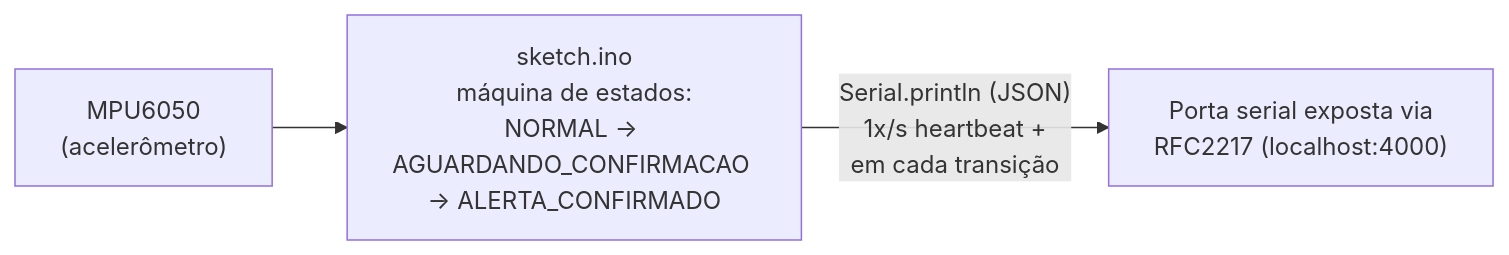
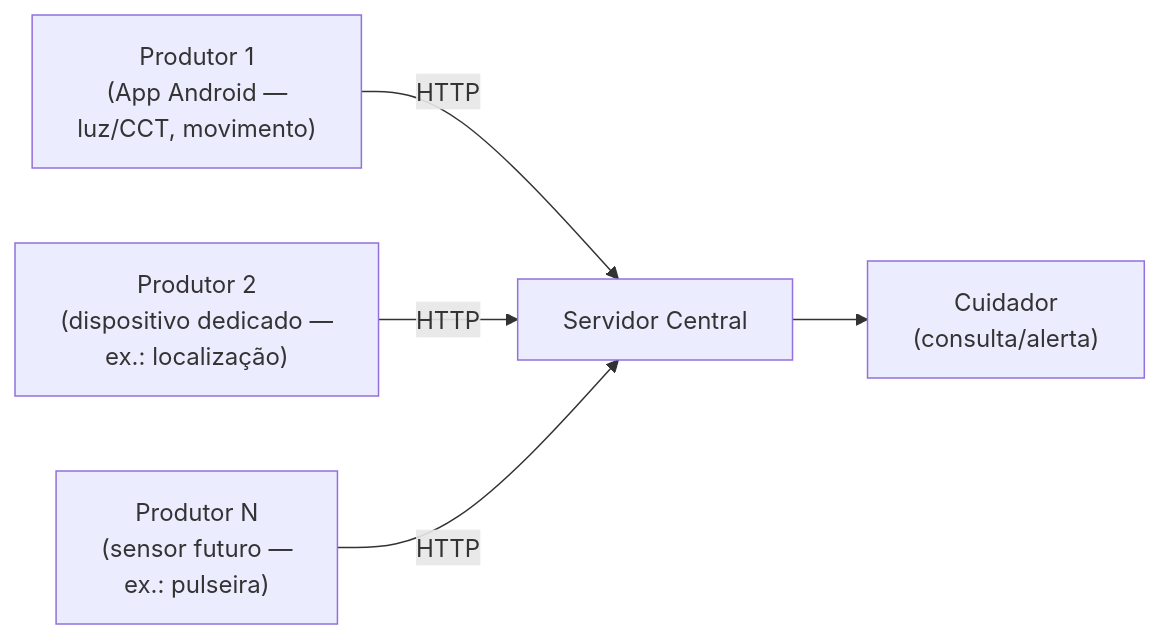
Before and after one commit to UFG-INF-SSU-2026/Flow: the diagram in docs/arquitetura.md, drawn with Mermaid. The commit also changed other lines of this file, not shown here.

````diff
--- a/docs/arquitetura.md
+++ b/docs/arquitetura.md
@@ -24,6 +35,7 @@
 ```mermaid
 flowchart LR
-    A["MPU6050<br/>(acelerômetro)"] --> B["sketch.ino<br/>máquina de estados:<br/>NORMAL → AGUARDANDO_CONFIRMACAO → ALERTA_CONFIRMADO"]
-    B -->|"Serial.println (JSON)<br/>1x/s heartbeat +<br/>em cada transição"| C["Porta serial exposta via<br/>RFC2217 (localhost:4000)"]
-
+    P1["Produtor 1<br/>(App Android —<br/>luz/CCT, movimento)"] -->|HTTP| S["Servidor Central"]
+    P2["Produtor 2<br/>(dispositivo dedicado —<br/>ex.: localização)"] -->|HTTP| S
+    P3["Produtor N<br/>(sensor futuro —<br/>ex.: pulseira)"] -->|HTTP| S
+    S --> C["Cuidador<br/>(consulta/alerta)"]
 ```
````
